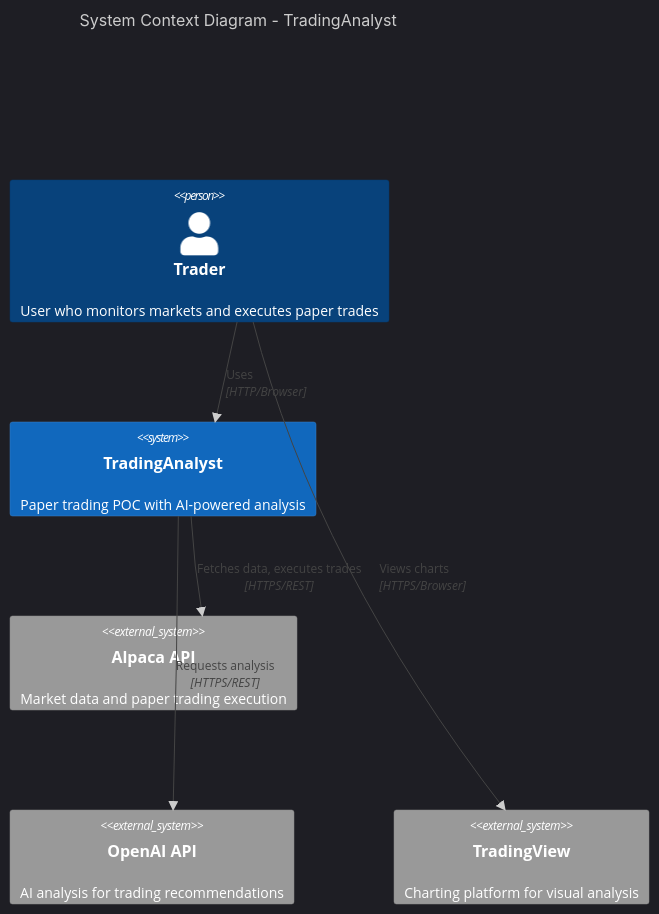
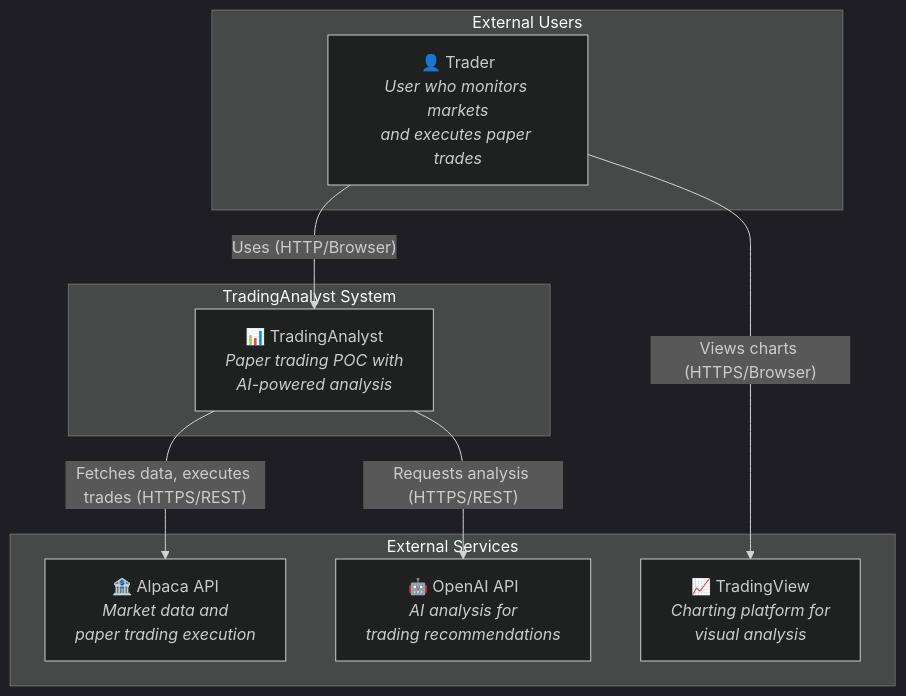
One commit to nickdev-cloud/TradingAnalyst changed the first of 29 diagrams in ARCHITECTURE_DOCUMENTATION-CLAUDE.md. Above: the diagram before and after it, drawn with Mermaid (dark theme). The commit also changed other lines of this file, not shown here.

````diff
--- a/ARCHITECTURE_DOCUMENTATION-CLAUDE.md
+++ b/ARCHITECTURE_DOCUMENTATION-CLAUDE.md
@@ -129,17 +129,21 @@
 ```mermaid
-C4Context
-    title System Context Diagram - TradingAnalyst
+graph TB
+    subgraph "External Users"
+        Trader["👤 Trader<br/><i>User who monitors markets<br/>and executes paper trades</i>"]
+    end
 
-    Person(trader, "Trader", "User who monitors markets and executes paper trades")
+    subgraph "TradingAnalyst System"
+        App["📊 TradingAnalyst<br/><i>Paper trading POC with<br/>AI-powered analysis</i>"]
+    end
 
-    System(tradingAnalyst, "TradingAnalyst", "Paper trading POC with AI-powered analysis")
+    subgraph "External Services"
+        Alpaca["🏦 Alpaca API<br/><i>Market data and<br/>paper trading execution</i>"]
+        OpenAI["🤖 OpenAI API<br/><i>AI analysis for<br/>trading recommendations</i>"]
+        TradingView["📈 TradingView<br/><i>Charting platform for<br/>visual analysis</i>"]
+    end
 
-    System_Ext(alpaca, "Alpaca API", "Market data and paper trading execution")
-    System_Ext(openai, "OpenAI API", "AI analysis for trading recommendations")
-    System_Ext(tradingview, "TradingView", "Charting platform for visual analysis")
-
-    Rel(trader, tradingAnalyst, "Uses", "HTTP/Browser")
-    Rel(tradingAnalyst, alpaca, "Fetches data, executes trades", "HTTPS/REST")
-    Rel(tradingAnalyst, openai, "Requests analysis", "HTTPS/REST")
-    Rel(trader, tradingview, "Views charts", "HTTPS/Browser")
+    Trader -->|"Uses (HTTP/Browser)"| App
+    App -->|"Fetches data, executes trades (HTTPS/REST)"| Alpaca
+    App -->|"Requests analysis (HTTPS/REST)"| OpenAI
+    Trader -->|"Views charts (HTTPS/Browser)"| TradingView
 ```
````
